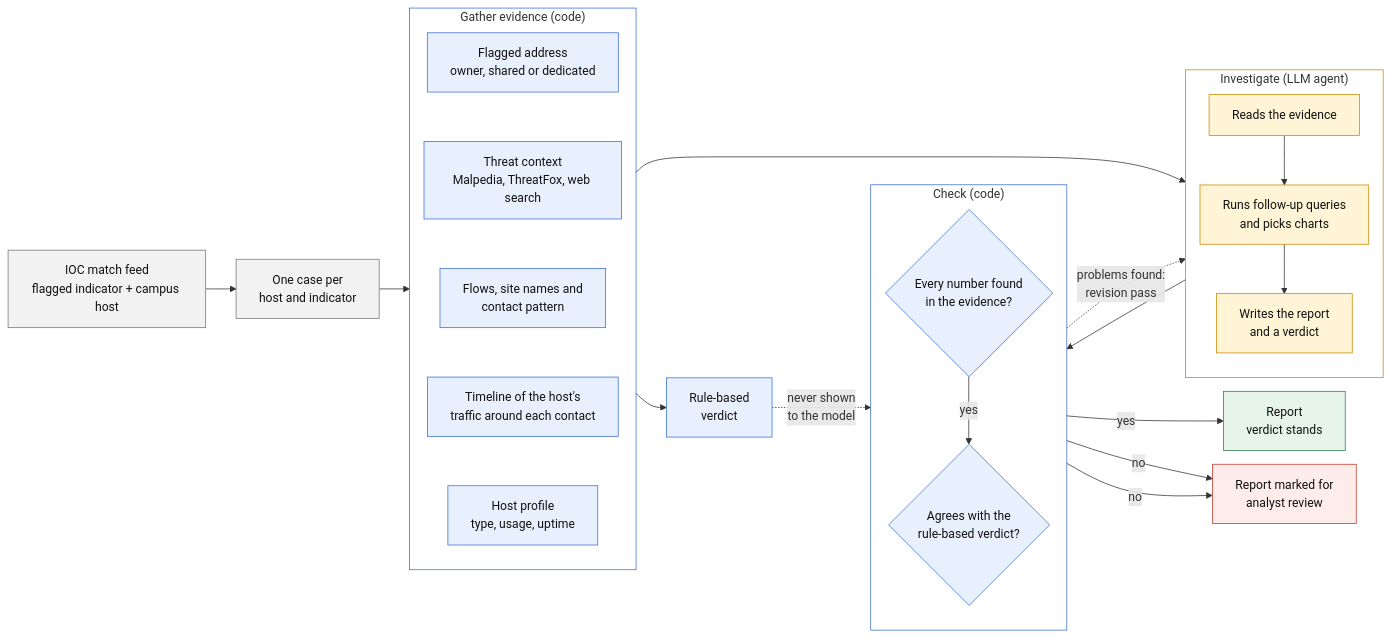
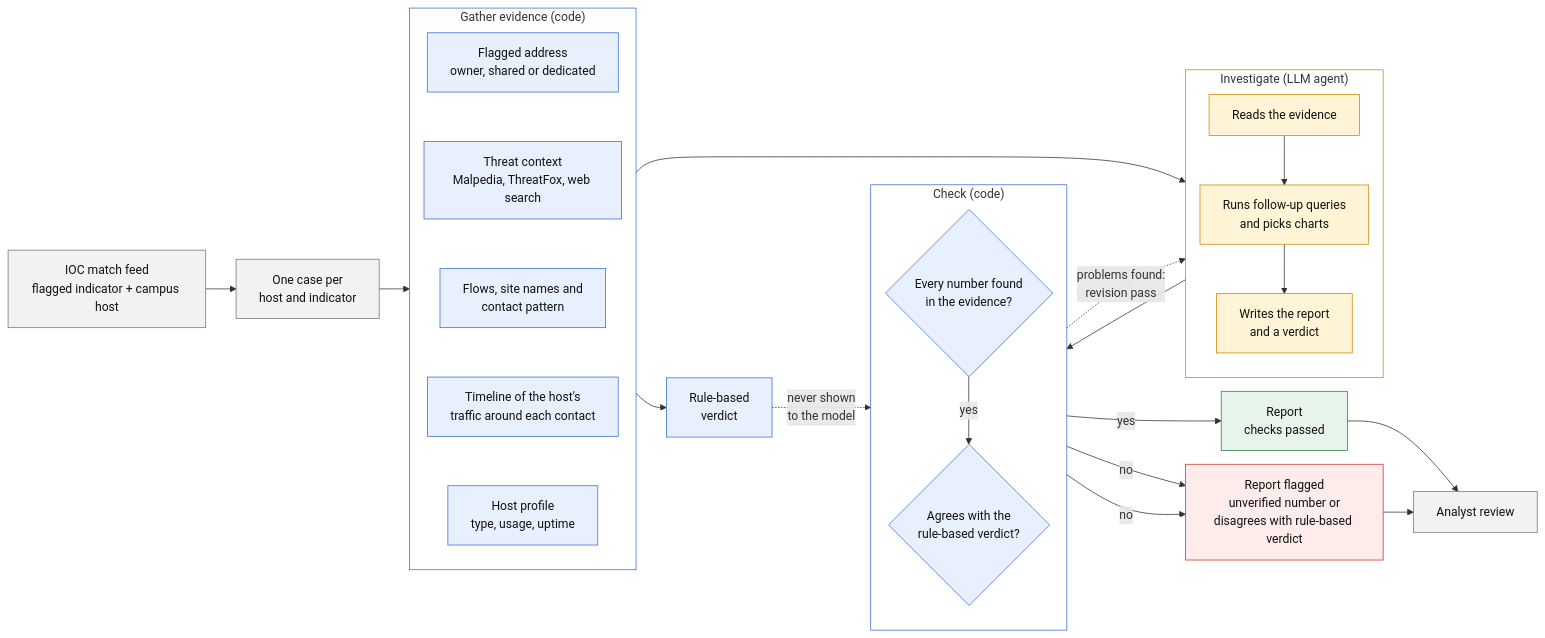
Before and after one commit to Benji-code/automated-ioc-investigator: the first of 2 diagrams in README.md, drawn with Mermaid. The commit also changed other lines of this file, not shown here.

Commit message:
Docs: every report goes to analyst review

````diff
--- a/README.md
+++ b/README.md
@@ -39,56 +40,58 @@
 ```mermaid
 %%{init: {"flowchart": {"nodeSpacing": 18, "rankSpacing": 40}}}%%
 flowchart LR
     feed["IOC match feed<br/>flagged indicator + campus host"] --> cases["One case per<br/>host and indicator"]
     cases --> gather
 
     subgraph gather["Gather evidence (code)"]
         direction TB
         g1["Flagged address<br/>owner, shared or dedicated"]
         g5["Threat context<br/>Malpedia, ThreatFox, web search"]
         g2["Flows, site names and<br/>contact pattern"]
         g3["Timeline of the host's<br/>traffic around each contact"]
         g4["Host profile<br/>type, usage, uptime"]
         g1 ~~~ g5 ~~~ g2 ~~~ g3 ~~~ g4
     end
 
     gather --> investigate
     gather --> rules["Rule-based<br/>verdict"]
 
     subgraph investigate["Investigate (LLM agent)"]
         direction TB
         m1["Reads the evidence"]
         m2["Runs follow-up queries<br/>and picks charts"]
         m3["Writes the report<br/>and a verdict"]
         m1 --> m2 --> m3
     end
 
     investigate --> check
 
     subgraph check["Check (code)"]
         direction TB
         c1{"Every number found<br/>in the evidence?"}
         c2{"Agrees with the<br/>rule-based verdict?"}
         c1 -- yes --> c2
     end
 
     rules -. "never shown<br/>to the model" .-> c2
     check -. "problems found:<br/>revision pass" .-> investigate
-    c2 -- yes --> done["Report<br/>verdict stands"]
-    c1 -- no --> review["Report marked for<br/>analyst review"]
-    c2 -- no --> review
+    c2 -- yes --> done["Report<br/>checks passed"]
+    c1 -- no --> flagged["Report flagged<br/>unverified number or<br/>disagrees with rule-based verdict"]
+    c2 -- no --> flagged
+    done --> analyst["Analyst review"]
+    flagged --> analyst
 
     classDef code fill:#e8f0fe,stroke:#3b6fd4,color:#111
     classDef model fill:#fff4d6,stroke:#c98a00,color:#111
     classDef io fill:#f2f2f2,stroke:#777,color:#111
     classDef good fill:#e6f4ea,stroke:#2e7d4f,color:#111
     classDef warn fill:#fdecea,stroke:#c0392b,color:#111
     class g1,g2,g3,g4,g5,c1,c2,rules code
     class m1,m2,m3 model
-    class feed,cases io
+    class feed,cases,analyst io
     class done good
-    class review warn
+    class flagged warn
     style gather fill:none,stroke:#3b6fd4
     style investigate fill:none,stroke:#c98a00
     style check fill:none,stroke:#3b6fd4
 ```
````
